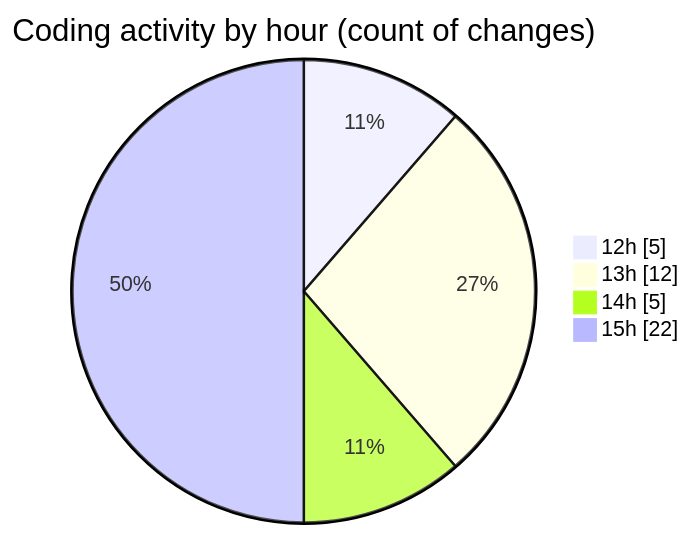
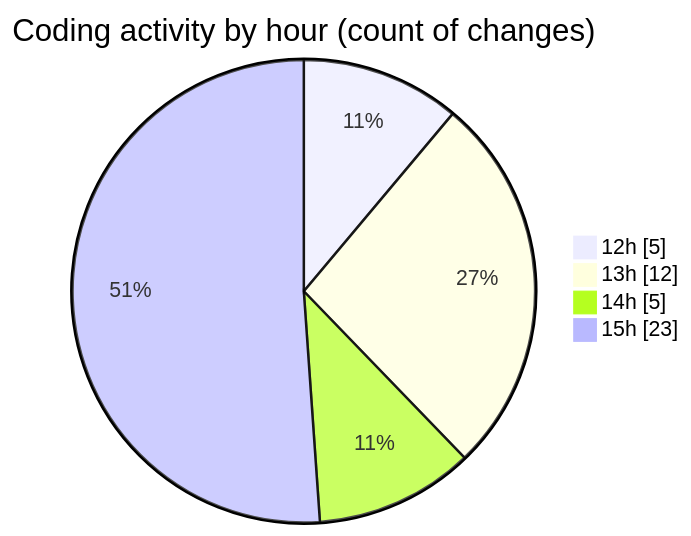
The second of 2 diagrams in 2026-04-17/airfeed-analytics-dashboard/README.md (nxtqubesakshisongat/code-tracking), drawn with Mermaid before and after one commit. The commit also changed other lines of this file and 1 other file, not shown here.

````diff
--- a/2026-04-17/airfeed-analytics-dashboard/README.md
+++ b/2026-04-17/airfeed-analytics-dashboard/README.md
@@ -35,8 +36,8 @@
 ```mermaid
 pie showData
 title Coding activity by hour (count of changes)
 "12h" : 5
 "13h" : 12
 "14h" : 5
-"15h" : 22
+"15h" : 23
 ```
````
